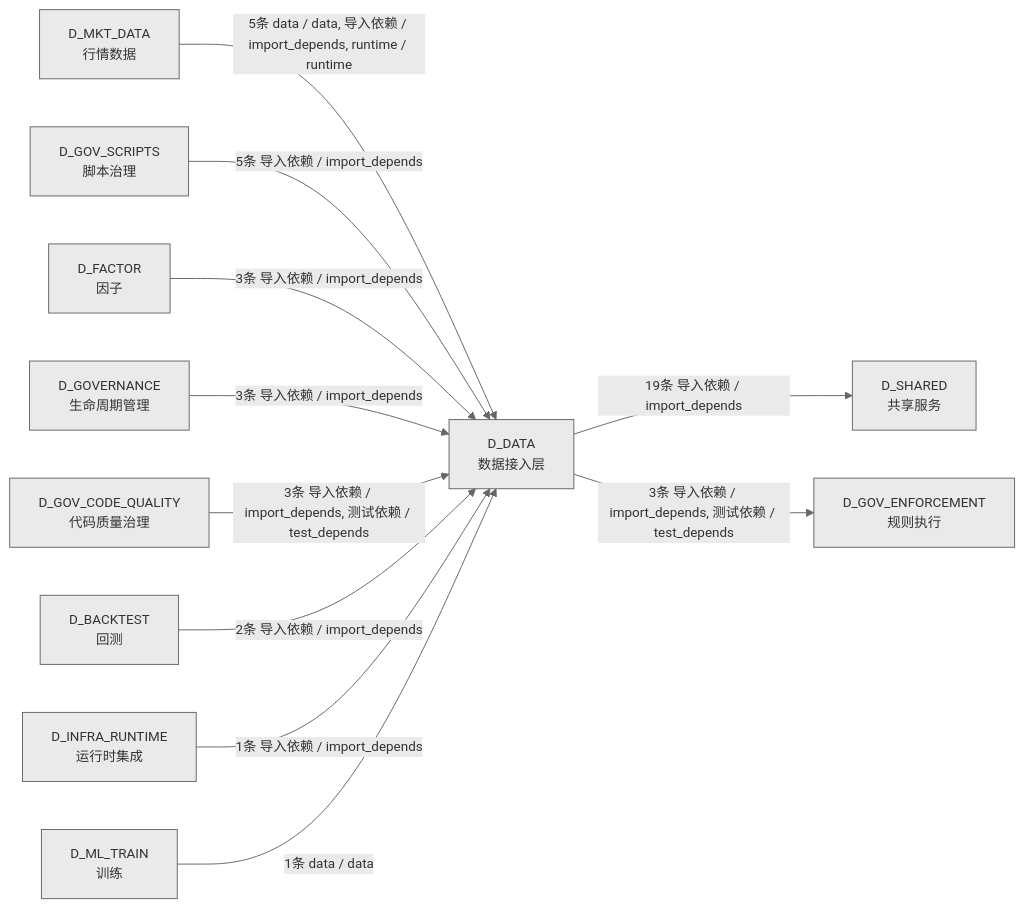
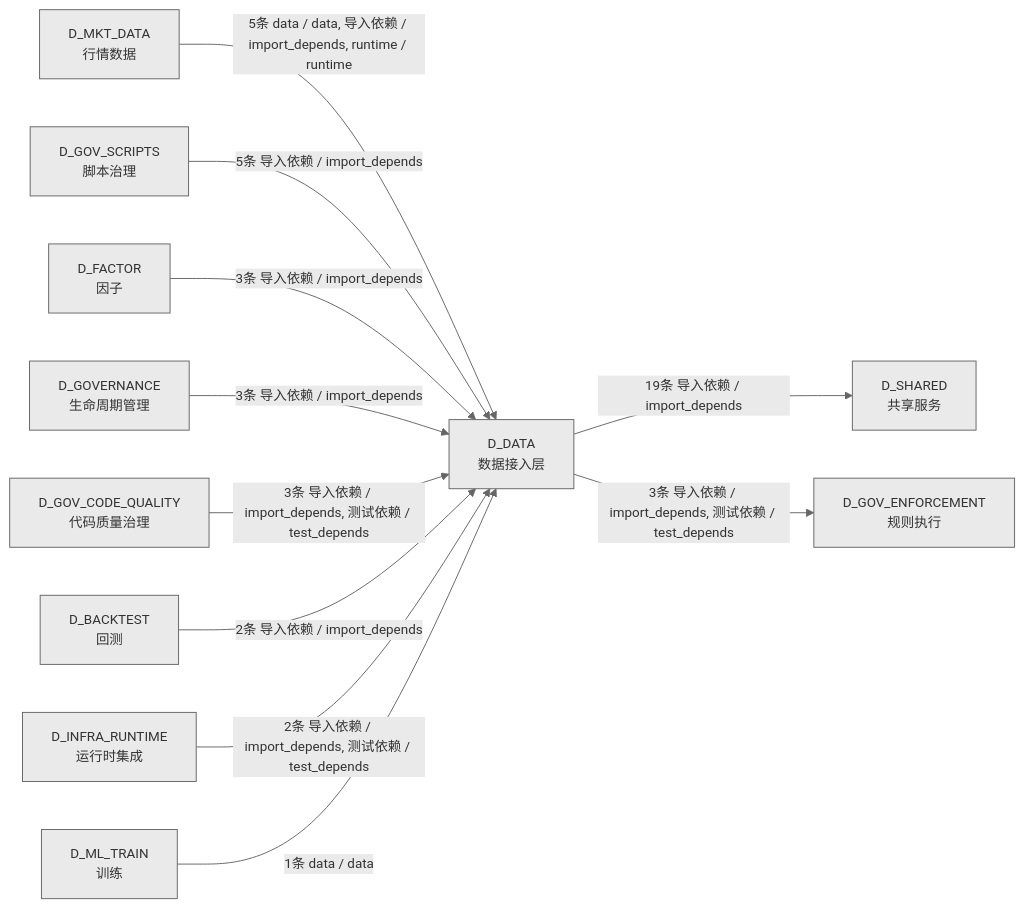
Before and after one commit to xuanFelixVan/ZephyrAlpha: the fourth of 4 diagrams in docs/02_enterprise_architecture/02_domain_architecture_docs/11_d_data.md, drawn with Mermaid. The commit also changed other lines of this file and 58 other files, not shown here.

````diff
--- a/docs/02_enterprise_architecture/02_domain_architecture_docs/11_d_data.md
+++ b/docs/02_enterprise_architecture/02_domain_architecture_docs/11_d_data.md
@@ -1368,25 +1370,25 @@
 ```mermaid
 %%{init: {'theme': 'base', 'themeVariables': {'primaryColor': '#eaeaea', 'primaryTextColor': '#333333', 'primaryBorderColor': '#666666', 'lineColor': '#666666', 'secondaryColor': '#eaeaea', 'tertiaryColor': '#eaeaea', 'fontSize': '14px'}}}%%
 graph LR
     D_DATA["D_DATA<br/>数据接入层"]
     D_SHARED["D_SHARED<br/>共享服务"]
     D_GOV_ENFORCEMENT["D_GOV_ENFORCEMENT<br/>规则执行"]
     D_MKT_DATA["D_MKT_DATA<br/>行情数据"]
     D_GOV_SCRIPTS["D_GOV_SCRIPTS<br/>脚本治理"]
     D_FACTOR["D_FACTOR<br/>因子"]
     D_GOVERNANCE["D_GOVERNANCE<br/>生命周期管理"]
     D_GOV_CODE_QUALITY["D_GOV_CODE_QUALITY<br/>代码质量治理"]
     D_BACKTEST["D_BACKTEST<br/>回测"]
     D_INFRA_RUNTIME["D_INFRA_RUNTIME<br/>运行时集成"]
     D_ML_TRAIN["D_ML_TRAIN<br/>训练"]
     D_DATA -->|19条 导入依赖 / import_depends| D_SHARED
     D_DATA -->|3条 导入依赖 / import_depends, 测试依赖 / test_depends| D_GOV_ENFORCEMENT
     D_MKT_DATA -->|5条 data / data, 导入依赖 / import_depends, runtime / runtime| D_DATA
     D_GOV_SCRIPTS -->|5条 导入依赖 / import_depends| D_DATA
     D_FACTOR -->|3条 导入依赖 / import_depends| D_DATA
     D_GOVERNANCE -->|3条 导入依赖 / import_depends| D_DATA
     D_GOV_CODE_QUALITY -->|3条 导入依赖 / import_depends, 测试依赖 / test_depends| D_DATA
     D_BACKTEST -->|2条 导入依赖 / import_depends| D_DATA
-    D_INFRA_RUNTIME -->|1条 导入依赖 / import_depends| D_DATA
+    D_INFRA_RUNTIME -->|2条 导入依赖 / import_depends, 测试依赖 / test_depends| D_DATA
     D_ML_TRAIN -->|1条 data / data| D_DATA
 ```
````
